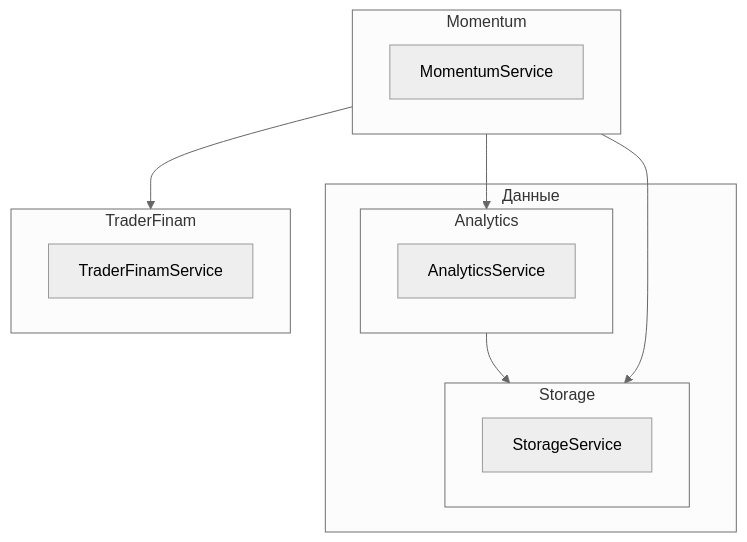
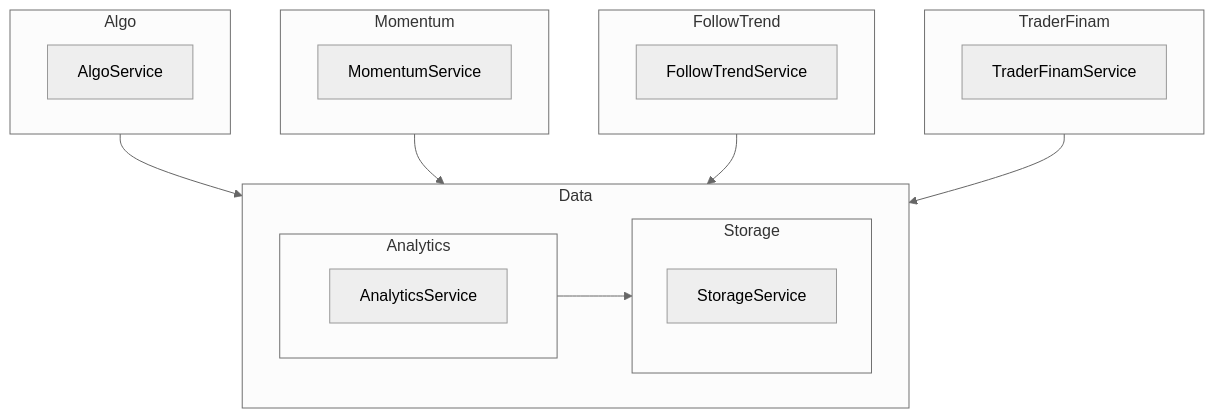
One commit to oid85/Oid85.FinMarket.KnowledgeBase changed the diagram in Сетевая схема.md. Above: the diagram before and after it, drawn with Mermaid (neutral theme). The commit also changed 6 other files, not shown here.

````diff
--- a/Сетевая схема.md
+++ b/Сетевая схема.md
@@ -1,29 +1,39 @@
 ```mermaid
 flowchart TB
-  subgraph Данные
+  subgraph Data
     Storage
     Analytics
   end
 
   subgraph Storage
     StorageService
   end
 
   subgraph Analytics
     AnalyticsService
   end
 
+  subgraph Algo
+    AlgoService
+  end
+
   subgraph Momentum
     MomentumService
+  end
+
+  subgraph FollowTrend
+    FollowTrendService
   end
 
   subgraph TraderFinam
     TraderFinamService    
   end
-  
+
     Analytics-->Storage
+    
+    Algo-->Data   
+    Momentum-->Data
+    FollowTrend-->Data
+    TraderFinam-->Data 
 
-    Momentum-->Storage
-    Momentum-->Analytics
-    Momentum-->TraderFinam
 ```
````
